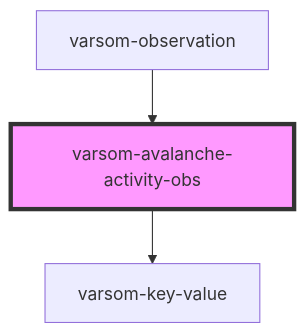
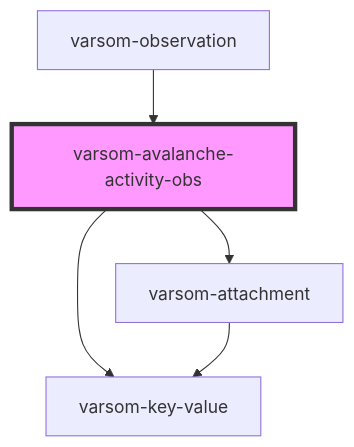
Before and after one commit to NVE/varsom-observation: the diagram in observasjonskort/src/components/varsom-avalanche-activity-obs/readme.md, drawn with Mermaid. The commit also changed other lines of this file and 17 other files, not shown here.

````diff
--- a/observasjonskort/src/components/varsom-avalanche-activity-obs/readme.md
+++ b/observasjonskort/src/components/varsom-avalanche-activity-obs/readme.md
@@ -46,6 +47,8 @@
 ```mermaid
 graph TD;
   varsom-avalanche-activity-obs --> varsom-key-value
+  varsom-avalanche-activity-obs --> varsom-attachment
+  varsom-attachment --> varsom-key-value
   varsom-observation --> varsom-avalanche-activity-obs
   style varsom-avalanche-activity-obs fill:#f9f,stroke:#333,stroke-width:4px
 ```
````
